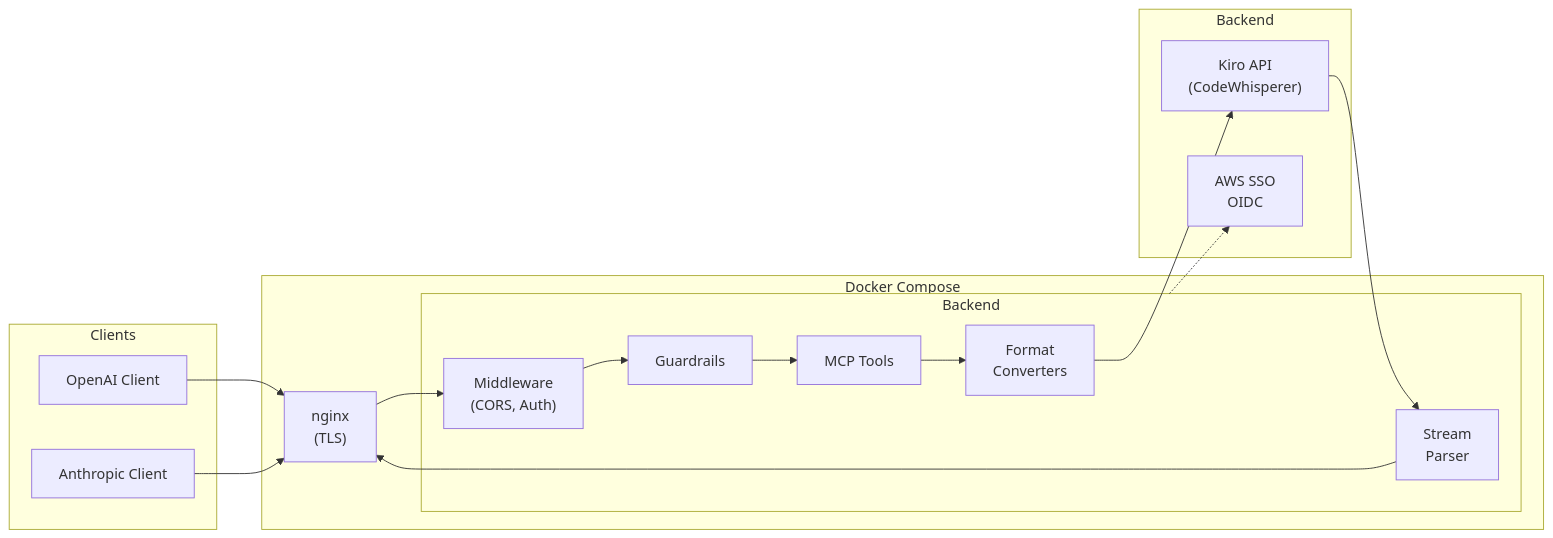
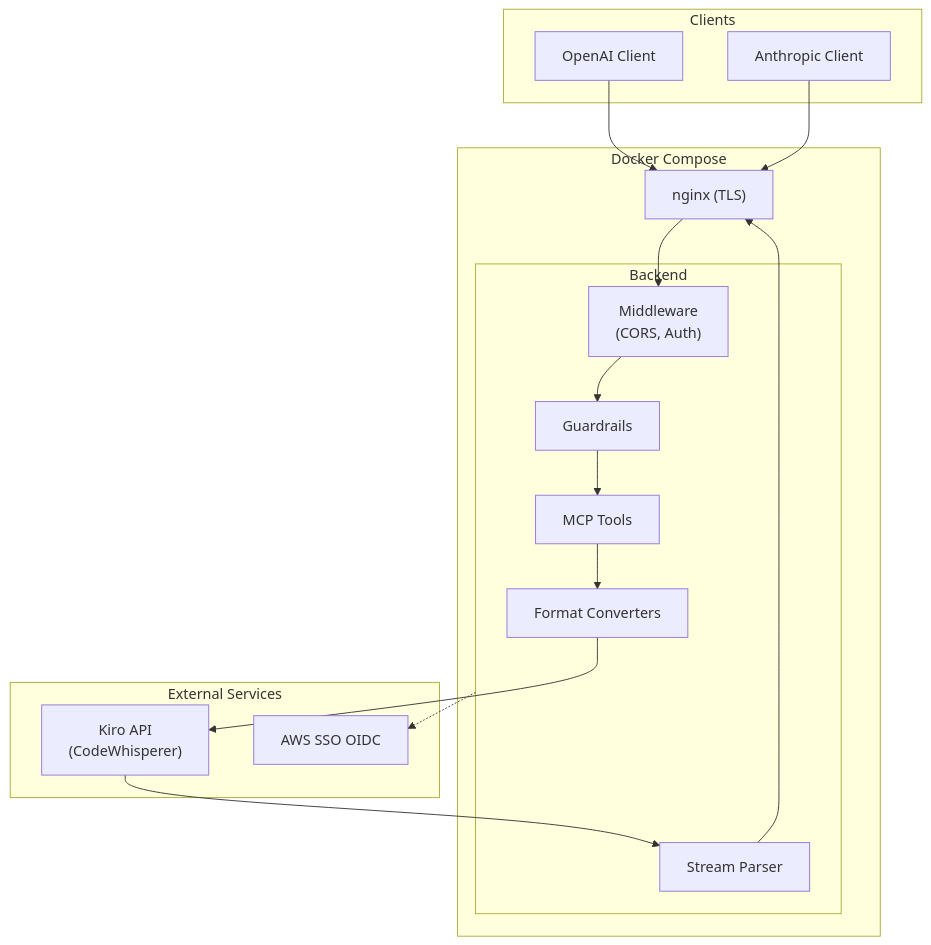
The diagram in gh-pages/index.md (if414013/harbangan), drawn with Mermaid before and after one commit. The commit also changed other lines of this file and 2 other files, not shown here.

````diff
--- a/gh-pages/index.md
+++ b/gh-pages/index.md
@@ -29,34 +29,34 @@
 ```mermaid
-flowchart LR
+flowchart TD
     subgraph Clients
         OAI["OpenAI Client"]
         ANT["Anthropic Client"]
     end
 
     subgraph Docker["Docker Compose"]
-        NGINX["nginx\n(TLS)"]
+        NGINX["nginx (TLS)"]
         subgraph GW["Backend"]
             MW["Middleware\n(CORS, Auth)"]
             GUARD["Guardrails"]
             MCP_INJ["MCP Tools"]
-            CONV["Format\nConverters"]
-            STREAM["Stream\nParser"]
+            CONV["Format Converters"]
+            STREAM["Stream Parser"]
         end
     end
 
-    subgraph Backend
+    subgraph External["External Services"]
         KIRO["Kiro API\n(CodeWhisperer)"]
-        SSO["AWS SSO\nOIDC"]
+        SSO["AWS SSO OIDC"]
     end
 
     OAI --> NGINX
     ANT --> NGINX
     NGINX --> MW
     MW --> GUARD
     GUARD --> MCP_INJ
     MCP_INJ --> CONV
     CONV --> KIRO
     KIRO --> STREAM
     STREAM --> NGINX
     GW -.-> SSO
 ```
````
